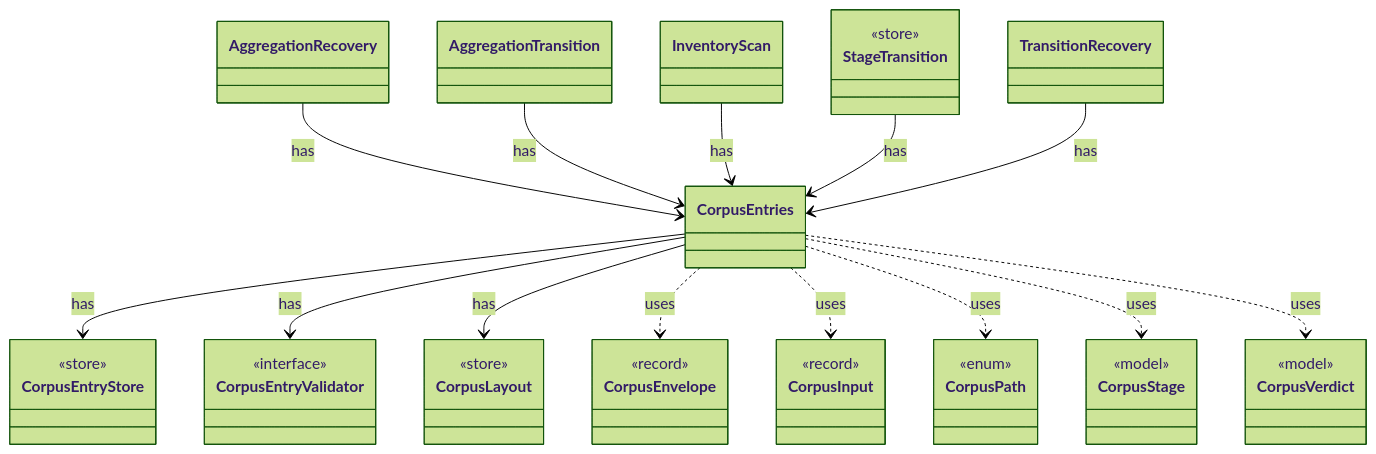
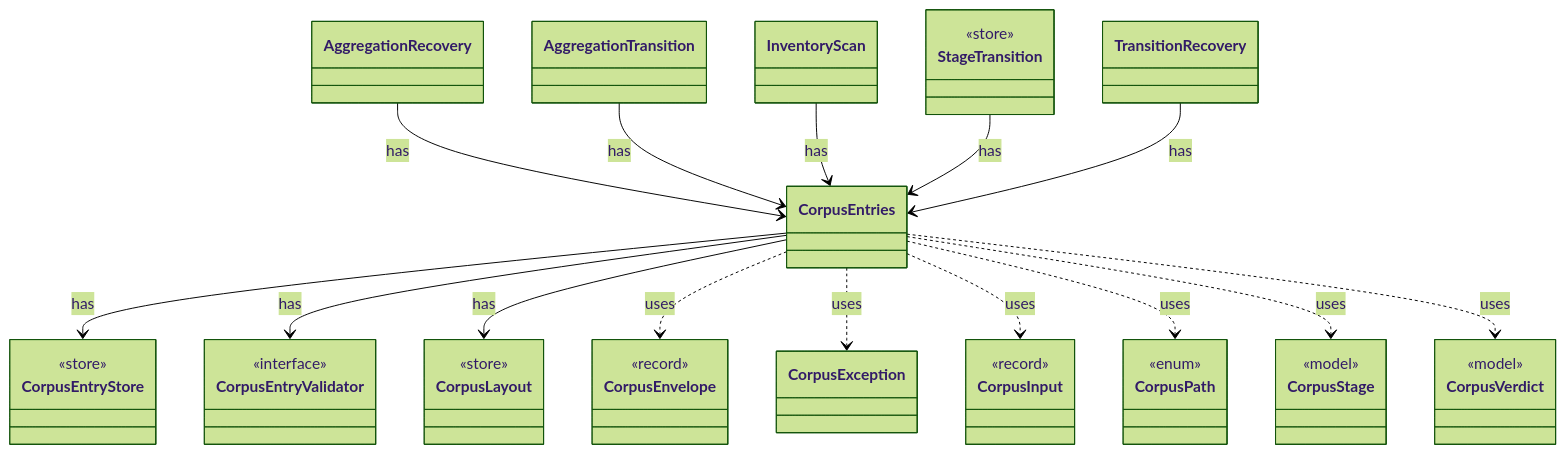
The diagram in dev/types/io.github.tlaplus.hardening.corpus.CorpusEntries.md (tlaplus/model-checker-hardening), drawn with Mermaid (forest theme) before and after one commit. The commit also changed other lines of this file and 415 other files, not shown here.

````diff
--- a/dev/types/io.github.tlaplus.hardening.corpus.CorpusEntries.md
+++ b/dev/types/io.github.tlaplus.hardening.corpus.CorpusEntries.md
@@ -7,48 +7,50 @@
 ```mermaid
 classDiagram
   class CorpusEntries
   class CorpusEntryStore {
     <<store>>
   }
   class CorpusEntryValidator {
     <<interface>>
   }
   class CorpusLayout {
     <<store>>
   }
   class AggregationRecovery
   class AggregationTransition
   class InventoryScan
   class StageTransition {
     <<store>>
   }
   class TransitionRecovery
   class CorpusEnvelope {
     <<record>>
   }
+  class CorpusException
   class CorpusInput {
     <<record>>
   }
   class CorpusPath {
     <<enum>>
   }
   class CorpusStage {
     <<model>>
   }
   class CorpusVerdict {
     <<model>>
   }
   CorpusEntries --> CorpusEntryStore : has
   CorpusEntries --> CorpusEntryValidator : has
   CorpusEntries --> CorpusLayout : has
   AggregationRecovery --> CorpusEntries : has
   AggregationTransition --> CorpusEntries : has
   InventoryScan --> CorpusEntries : has
   StageTransition --> CorpusEntries : has
   TransitionRecovery --> CorpusEntries : has
   CorpusEntries ..> CorpusEnvelope : uses
+  CorpusEntries ..> CorpusException : uses
   CorpusEntries ..> CorpusInput : uses
   CorpusEntries ..> CorpusPath : uses
   CorpusEntries ..> CorpusStage : uses
   CorpusEntries ..> CorpusVerdict : uses
 ```
````
